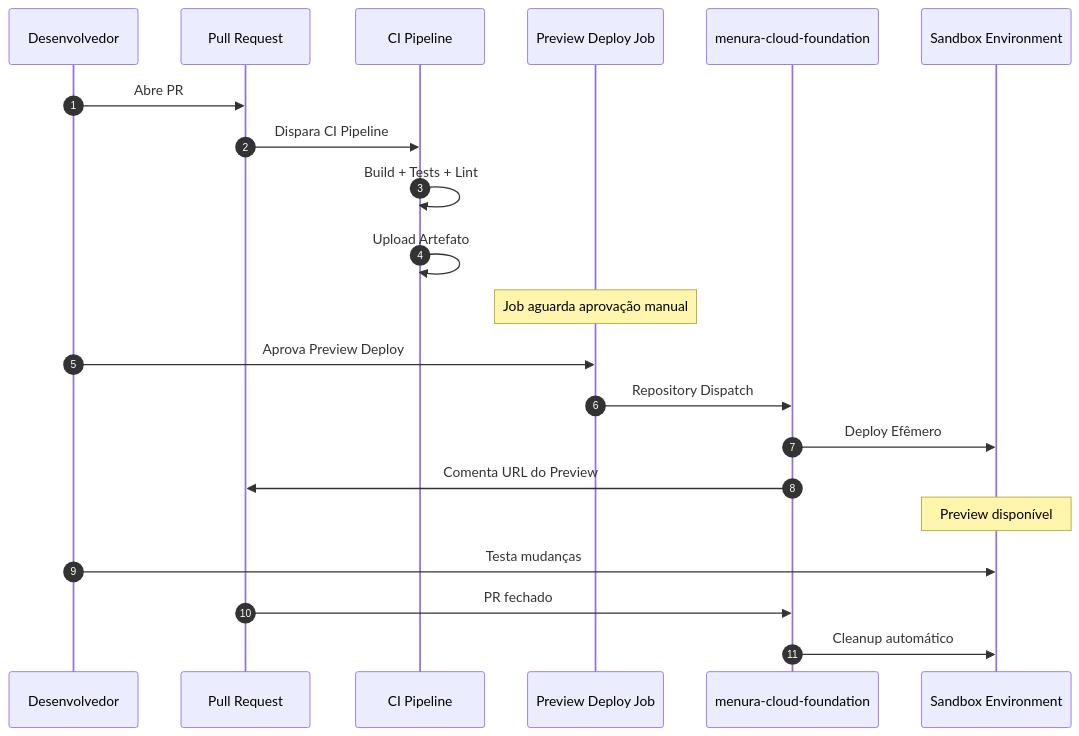
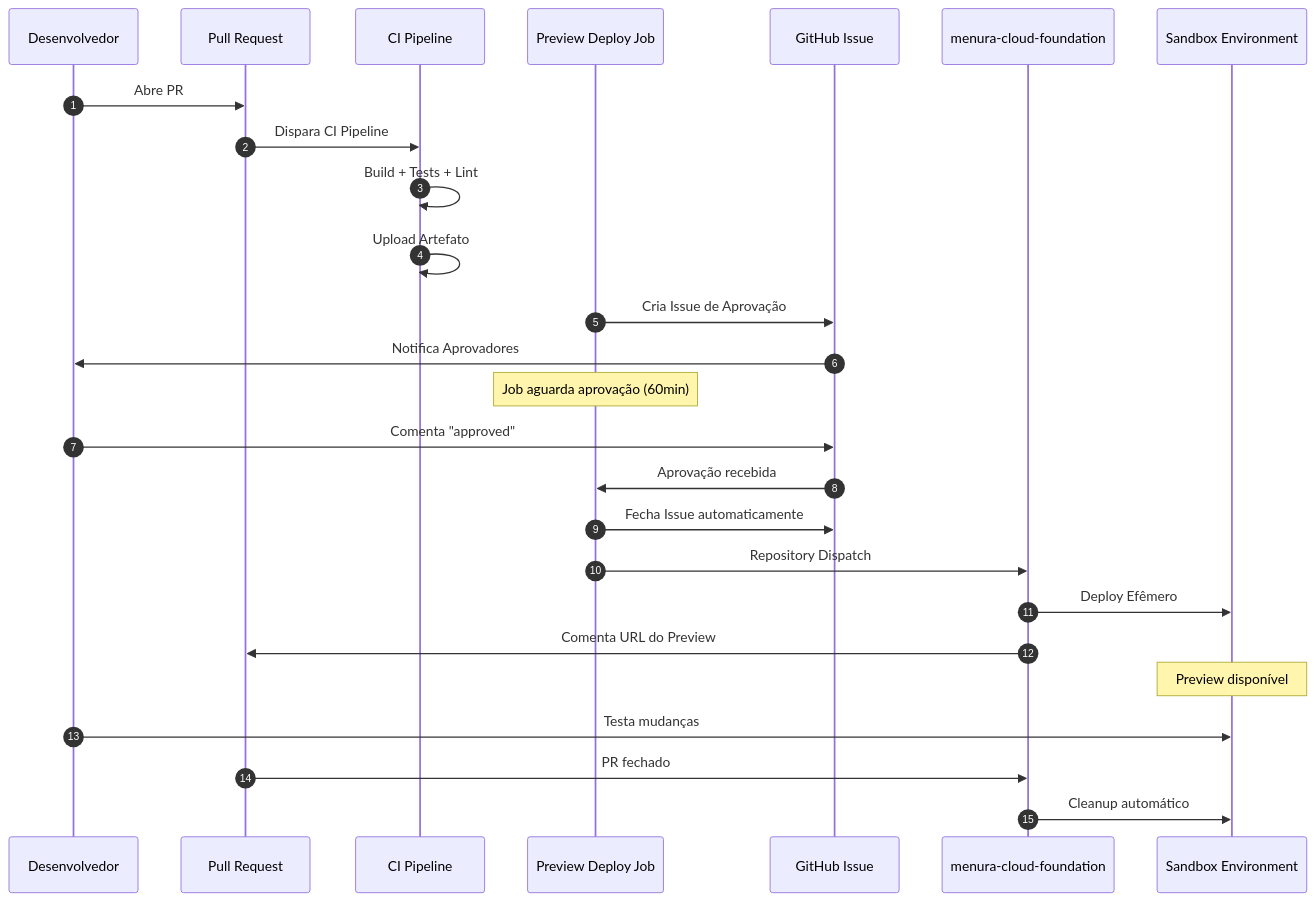
The diagram in docs/how-to/preview-deploy.md (iSmart-System/menura-actions), drawn with Mermaid before and after one commit. The commit also changed other lines of this file and 4 other files, not shown here.

Commit message:
feat: centralize preview deploy approval governance via org variables

````diff
--- a/docs/how-to/preview-deploy.md
+++ b/docs/how-to/preview-deploy.md
@@ -9,24 +9,29 @@
 ```mermaid
 sequenceDiagram
     autonumber
     participant Dev as Desenvolvedor
     participant PR as Pull Request
     participant CI as CI Pipeline
     participant Preview as Preview Deploy Job
+    participant Issue as GitHub Issue
     participant Foundation as menura-cloud-foundation
     participant Sandbox as Sandbox Environment
 
     Dev->>PR: Abre PR
     PR->>CI: Dispara CI Pipeline
     CI->>CI: Build + Tests + Lint
     CI->>CI: Upload Artefato
-    Note over Preview: Job aguarda aprovação manual
-    Dev->>Preview: Aprova Preview Deploy
+    Preview->>Issue: Cria Issue de Aprovação
+    Issue->>Dev: Notifica Aprovadores
+    Note over Preview: Job aguarda aprovação (60min)
+    Dev->>Issue: Comenta "approved"
+    Issue->>Preview: Aprovação recebida
+    Preview->>Issue: Fecha Issue automaticamente
     Preview->>Foundation: Repository Dispatch
     Foundation->>Sandbox: Deploy Efêmero
     Foundation->>PR: Comenta URL do Preview
     Note over Sandbox: Preview disponível
     Dev->>Sandbox: Testa mudanças
     PR->>Foundation: PR fechado
     Foundation->>Sandbox: Cleanup automático
 ```
````
